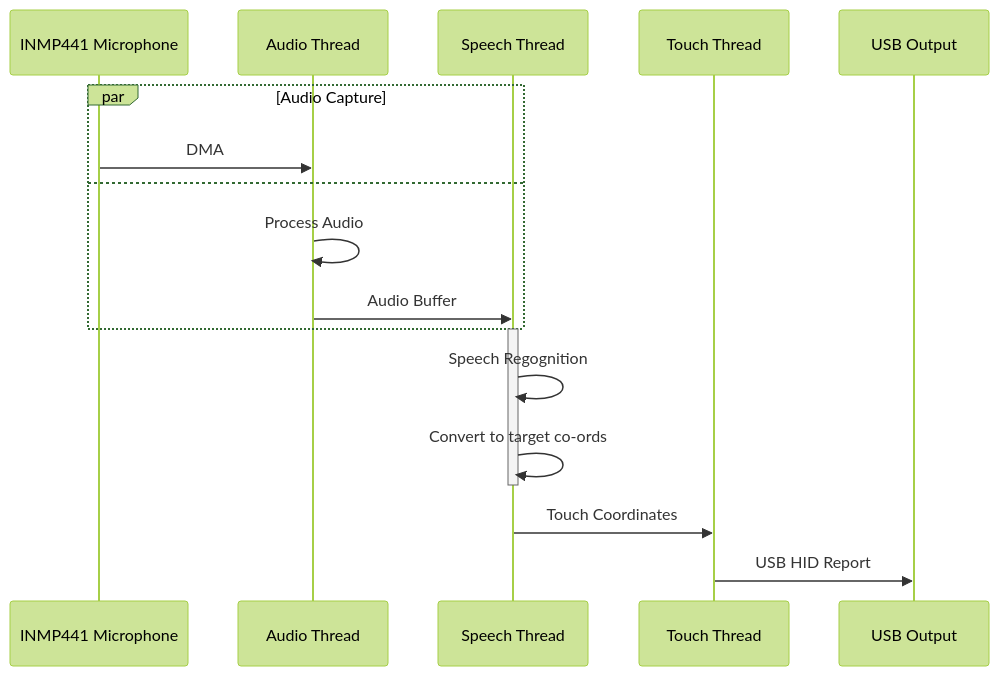
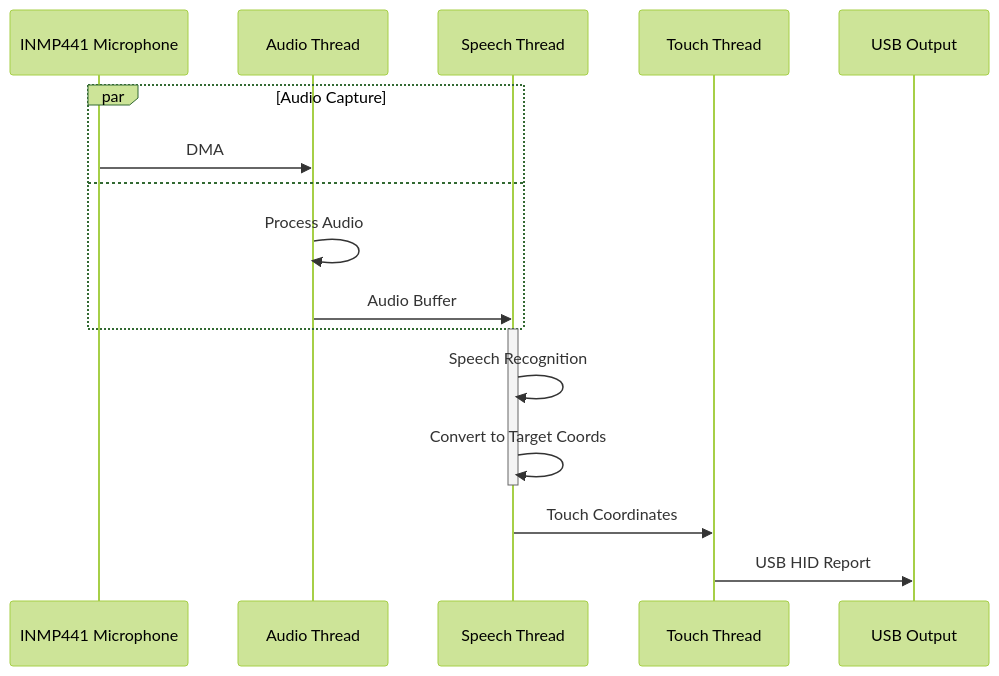
Before and after one commit to edholmes2232/Speech2Touch: the diagram in README.md, drawn with Mermaid (forest theme). The commit also changed other lines of this file, not shown here.

````diff
--- a/README.md
+++ b/README.md
@@ -87,24 +103,23 @@
 ```mermaid
 sequenceDiagram
   participant INMP441 as INMP441 Microphone
   participant Audio as Audio Thread
   participant Speech as Speech Thread
   participant Touch as Touch Thread
   participant USB as USB Output
 
   par Audio Capture
     INMP441->>Audio: DMA
   and 
     Audio->>Audio: Process Audio
     Audio->>Speech: Audio Buffer
   end
 
   activate Speech
-  Speech->>Speech: Speech Regognition
-  Speech->>Speech: Convert to target co-ords
+  Speech->>Speech: Speech Recognition
+  Speech->>Speech: Convert to Target Coords
   deactivate Speech
 
   Speech->>Touch: Touch Coordinates
   Touch->>USB: USB HID Report
-
 ```
````
